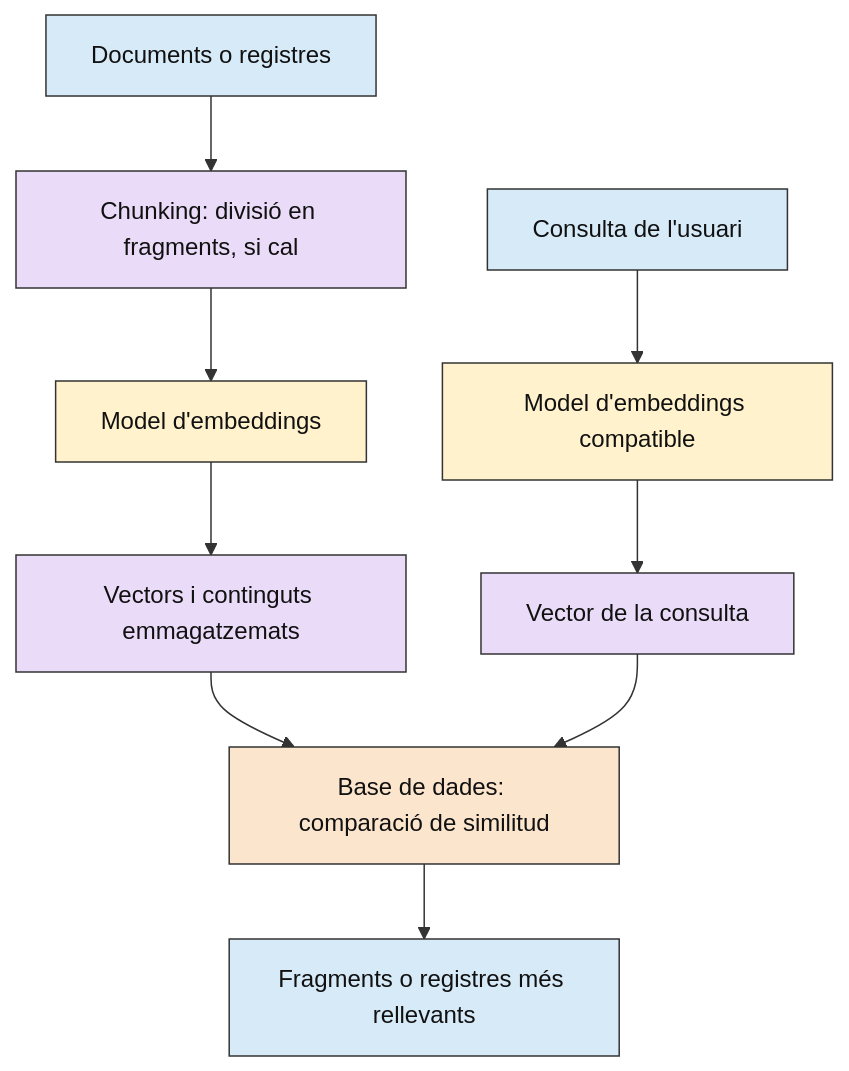
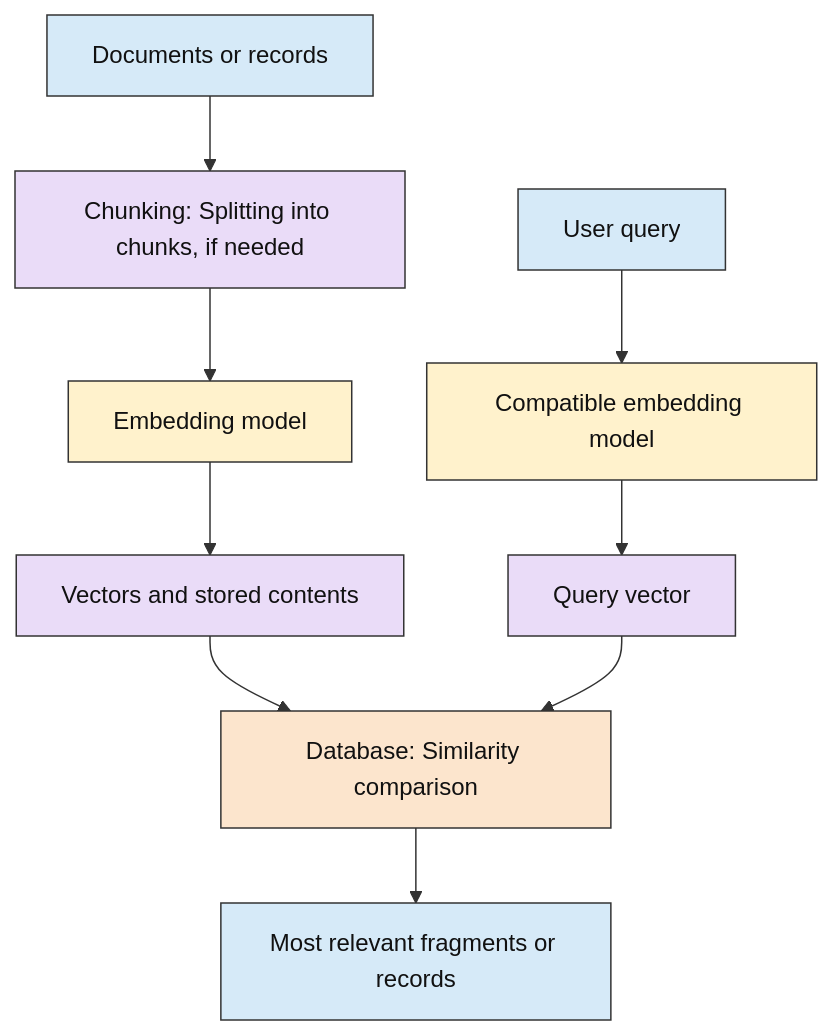
Before and after one commit to eetac/Visual_tools_for_AI: the diagram in AI_Observability/docs/04.1_vector_databases.md, drawn with Mermaid. The commit also changed other lines of this file and 31 other files, not shown here.

````diff
--- a/AI_Observability/docs/04.1_vector_databases.md
+++ b/AI_Observability/docs/04.1_vector_databases.md
@@ -60,25 +60,25 @@
 ```mermaid
 flowchart TD
-    D["Documents o registres"] --> C["Chunking: divisió en fragments, si cal"]
-    C --> ED["Model d'embeddings"]
-    ED --> B["Vectors i continguts emmagatzemats"]
+    D["Documents or records"] --> C["Chunking: Splitting into chunks, if needed"]
+    C --> ED["Embedding model"]
+    ED --> B["Vectors and stored contents"]
 
-    U["Consulta de l'usuari"] --> EQ["Model d'embeddings compatible"]
-    EQ --> V["Vector de la consulta"]
+    U["User query"] --> EQ["Compatible embedding model"]
+    EQ --> V["Query vector"]
 
-    B --> S["Base de dades: comparació de similitud"]
+    B --> S["Database: Similarity comparison"]
     V --> S
 
-    S --> F["Fragments o registres més rellevants"]
+    S --> F["Most relevant fragments or records"]
 
     class D,U,F entrada
     class ED,EQ llm
     class C servei
     class B,V servei
     class S agent
 
     classDef entrada fill:#D6EAF8,stroke:#333333,color:#111111
     classDef llm fill:#FFF2CC,stroke:#333333,color:#111111
     classDef servei fill:#EADCF8,stroke:#333333,color:#111111
     classDef agent fill:#FCE5CD,stroke:#333333,color:#111111
 ```
````
